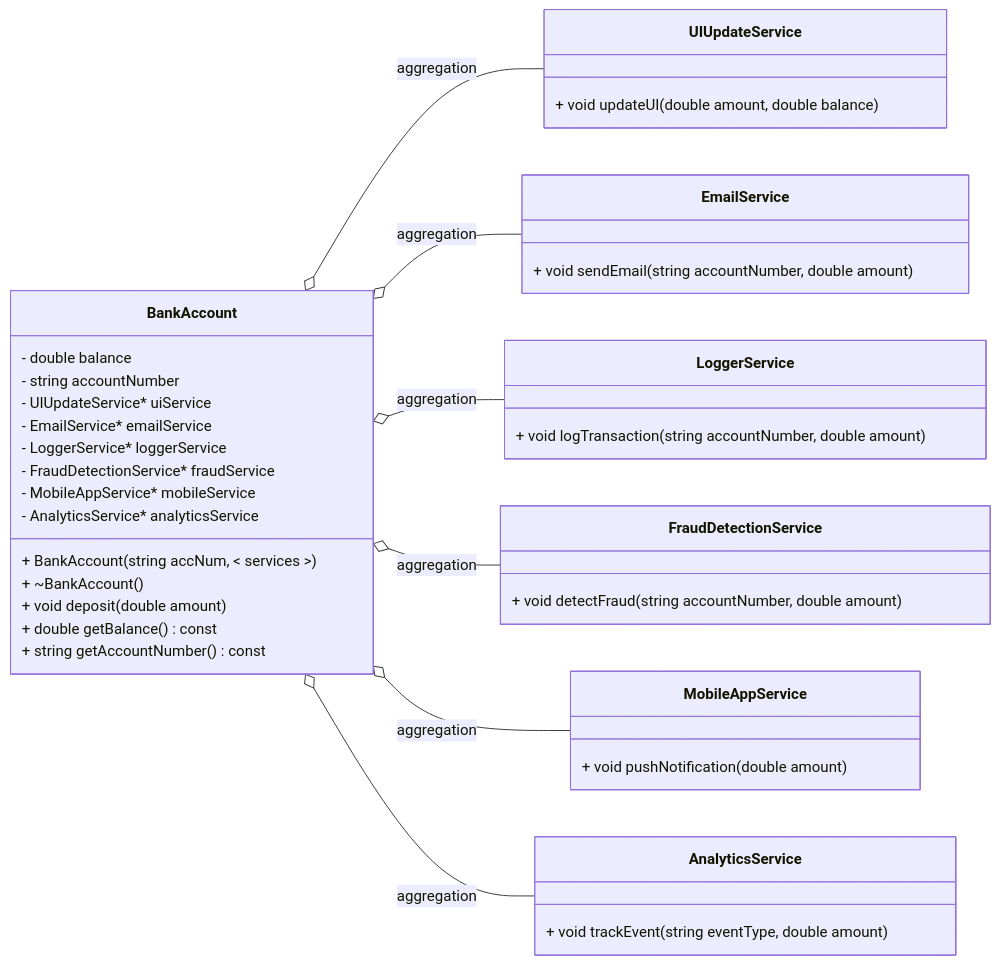
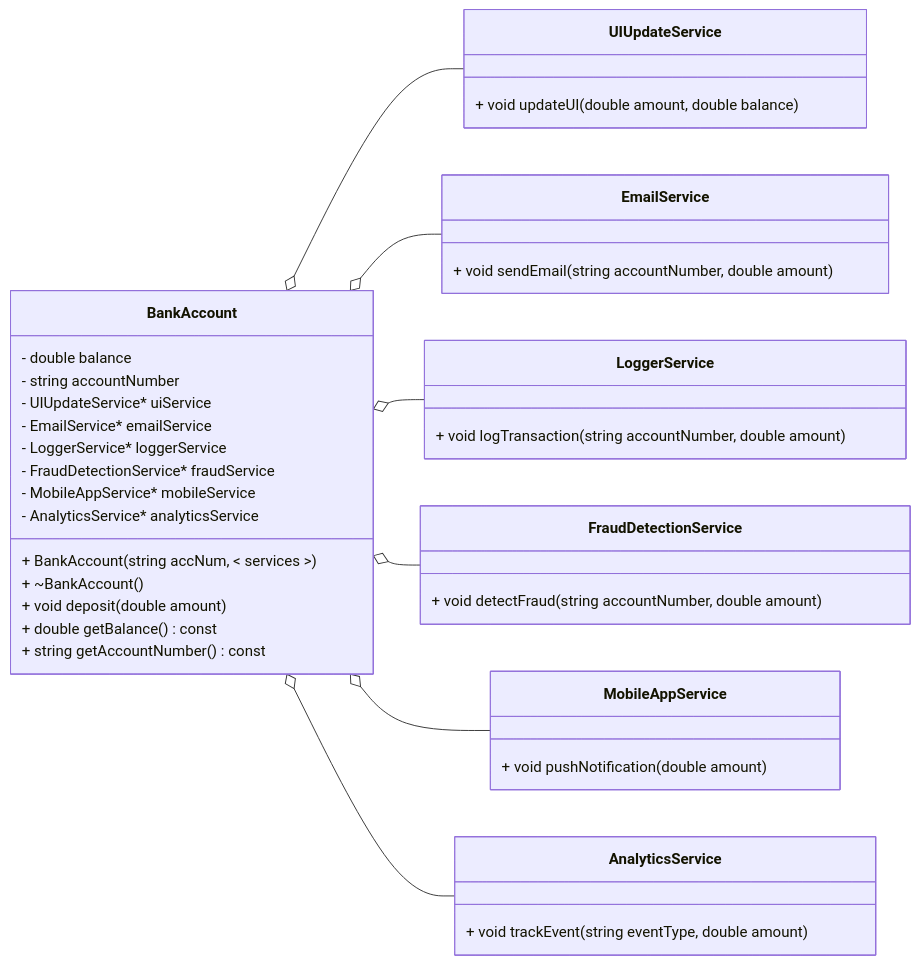
One commit to ndmhuy/DesignPatternsGroup52 changed the diagram in Observer/src/naive_uml.md. Above: the diagram before and after it, drawn with Mermaid. The commit also changed 1 other file, not shown here.

Commit message:
Update naive UML. Create slide from section 1 to 4

````diff
--- a/Observer/src/naive_uml.md
+++ b/Observer/src/naive_uml.md
@@ -3,50 +3,50 @@
 ```mermaid
 classDiagram
     direction LR
     class BankAccount {
         - double balance
         - string accountNumber
         - UIUpdateService* uiService
         - EmailService* emailService
         - LoggerService* loggerService
         - FraudDetectionService* fraudService
         - MobileAppService* mobileService
         - AnalyticsService* analyticsService
         + BankAccount(string accNum, < services >)
         + ~BankAccount()
         + void deposit(double amount)
         + double getBalance() const
         + string getAccountNumber() const
     }
 
     class UIUpdateService {
         + void updateUI(double amount, double balance)
     }
 
     class EmailService {
         + void sendEmail(string accountNumber, double amount)
     }
 
     class LoggerService {
         + void logTransaction(string accountNumber, double amount)
     }
 
     class FraudDetectionService {
         + void detectFraud(string accountNumber, double amount)
     }
 
     class MobileAppService {
         + void pushNotification(double amount)
     }
 
     class AnalyticsService {
         + void trackEvent(string eventType, double amount)
     }
 
-    BankAccount o-- UIUpdateService : aggregation
-    BankAccount o-- EmailService : aggregation
-    BankAccount o-- LoggerService : aggregation
-    BankAccount o-- FraudDetectionService : aggregation
-    BankAccount o-- MobileAppService : aggregation
-    BankAccount o-- AnalyticsService : aggregation
+    BankAccount o-- UIUpdateService
+    BankAccount o-- EmailService
+    BankAccount o-- LoggerService
+    BankAccount o-- FraudDetectionService
+    BankAccount o-- MobileAppService
+    BankAccount o-- AnalyticsService
 ```
````
